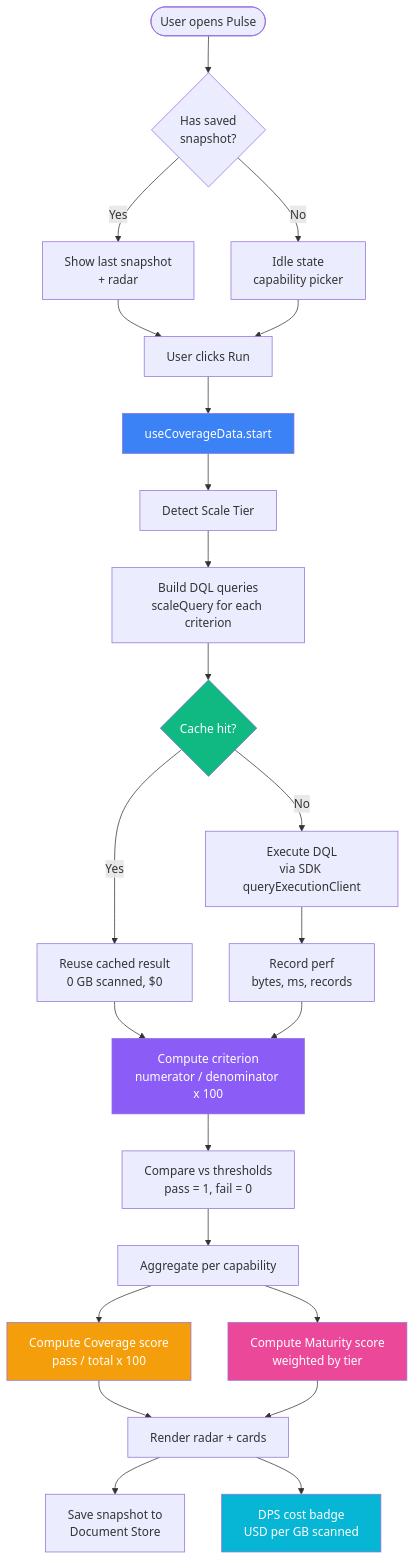
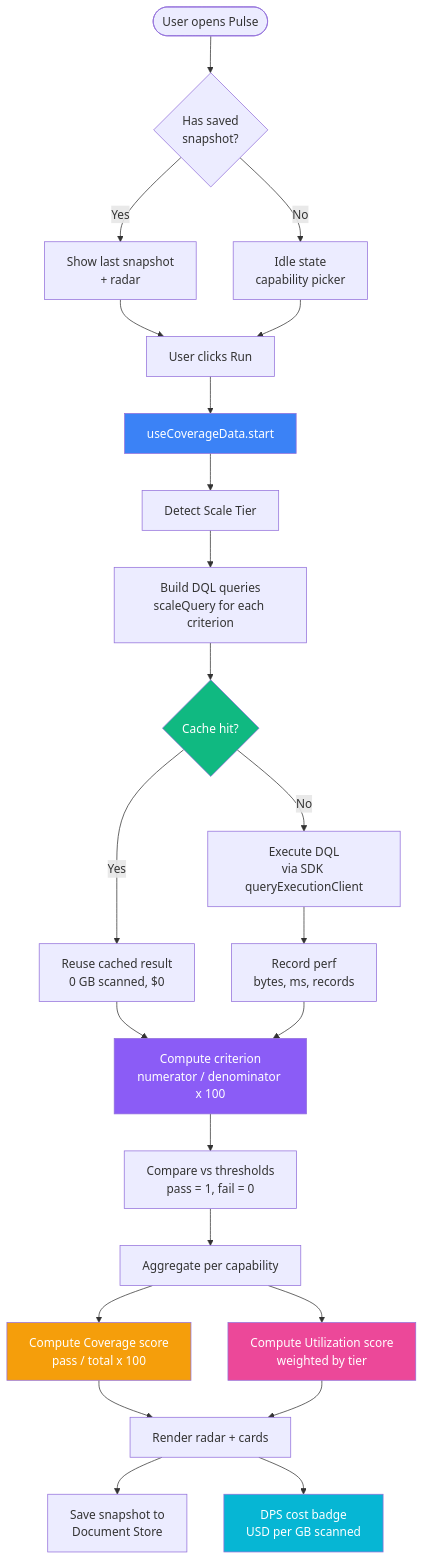
The first of 10 diagrams in docs/ARCHITECTURE-DIAGRAM.md (mbdccoletta/Pulse-Assessment-App), drawn with Mermaid before and after one commit. The commit also changed other lines of this file and 11 other files, not shown here.

````diff
--- a/docs/ARCHITECTURE-DIAGRAM.md
+++ b/docs/ARCHITECTURE-DIAGRAM.md
@@ -13,32 +13,32 @@
 ```mermaid
 flowchart TD
     A([User opens Pulse]) --> B{Has saved<br/>snapshot?}
     B -->|Yes| C[Show last snapshot<br/>+ radar]
     B -->|No| D[Idle state<br/>capability picker]
     C --> E[User clicks Run]
     D --> E
     E --> F[useCoverageData.start]
     F --> G[Detect Scale Tier]
     G --> H[Build DQL queries<br/>scaleQuery for each criterion]
     H --> I{Cache hit?}
     I -->|Yes| J[Reuse cached result<br/>0 GB scanned, $0]
     I -->|No| K[Execute DQL<br/>via SDK queryExecutionClient]
     K --> L[Record perf<br/>bytes, ms, records]
     J --> M[Compute criterion<br/>numerator / denominator x 100]
     L --> M
     M --> N[Compare vs thresholds<br/>pass = 1, fail = 0]
     N --> O[Aggregate per capability]
     O --> P[Compute Coverage score<br/>pass / total x 100]
-    O --> Q[Compute Maturity score<br/>weighted by tier]
+    O --> Q[Compute Utilization score<br/>weighted by tier]
     P --> R[Render radar + cards]
     Q --> R
     R --> S[Save snapshot to<br/>Document Store]
     R --> T[DPS cost badge<br/>USD per GB scanned]
 
     style F fill:#3B82F6,color:#fff
     style I fill:#10B981,color:#fff
     style M fill:#8B5CF6,color:#fff
     style P fill:#F59E0B,color:#fff
     style Q fill:#EC4899,color:#fff
     style T fill:#06B6D4,color:#fff
 ```
````
